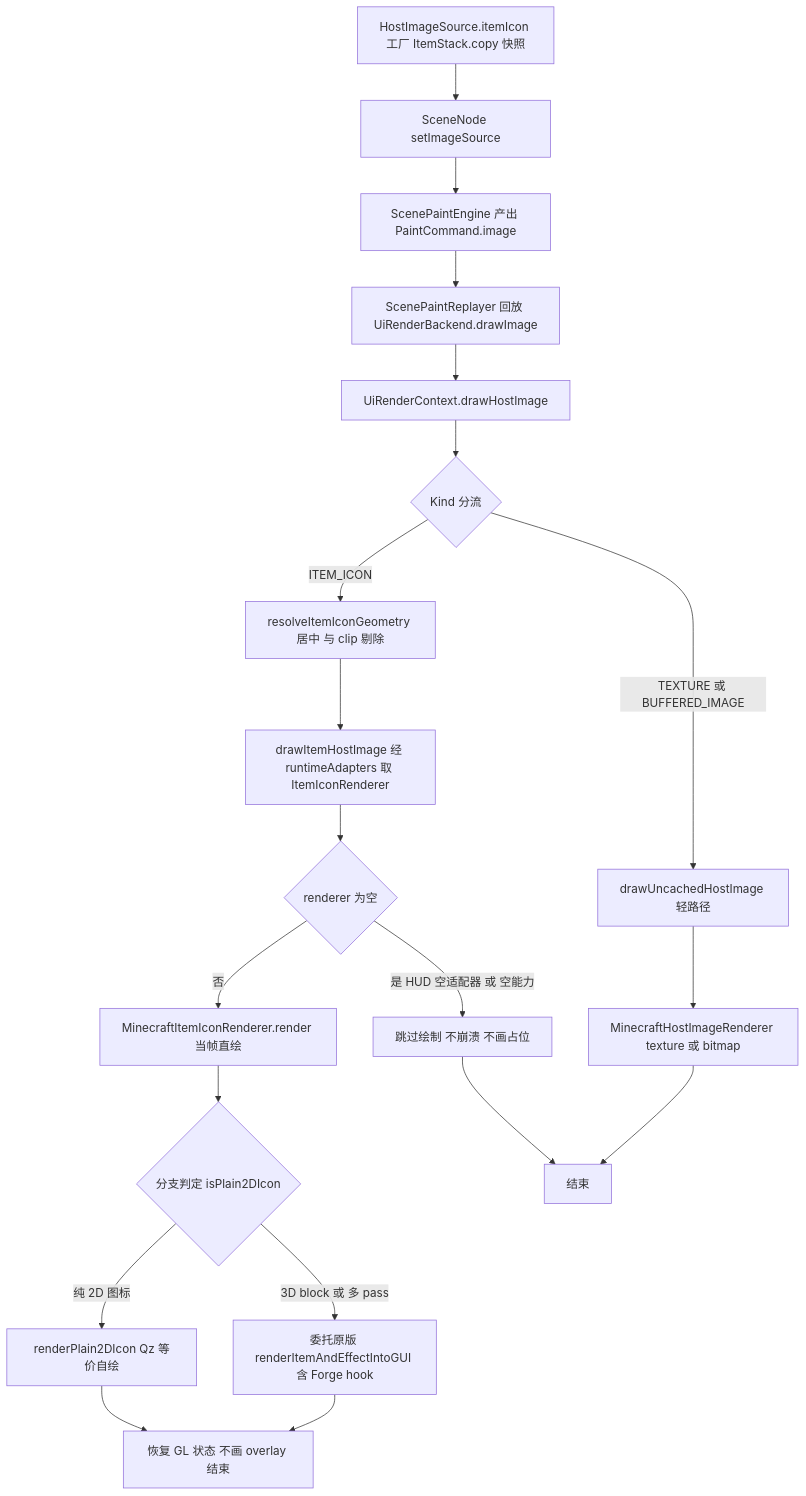
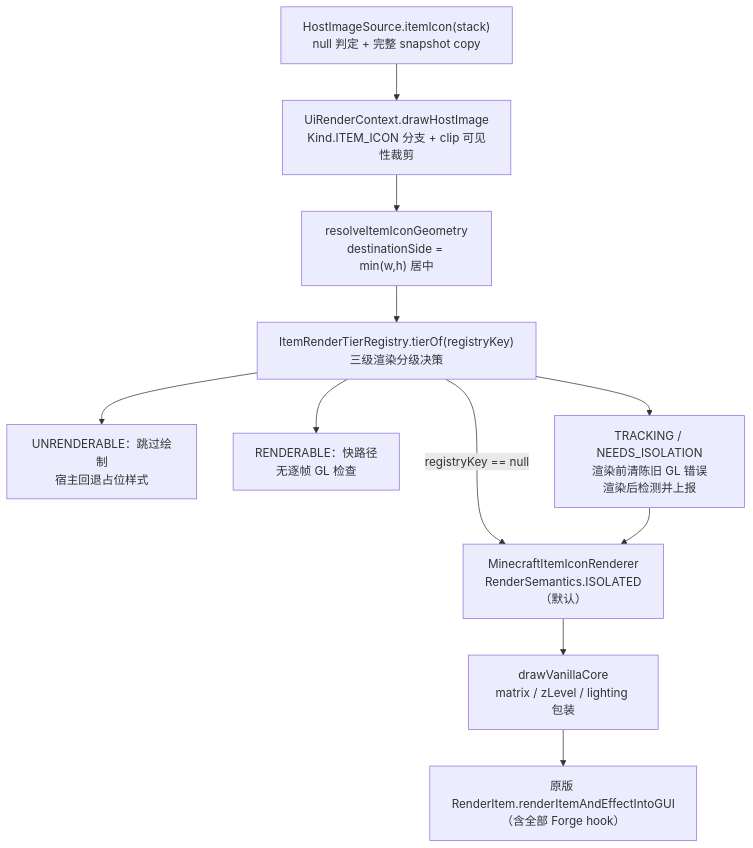
The first of 2 diagrams in docs/开发者文档/架构图/08-物品渲染包装.md (QuanhuZeYu/Qz-UILib), drawn with Mermaid before and after one commit. The commit also changed other lines of this file and 29 other files, not shown here.

````diff
--- a/docs/开发者文档/架构图/08-物品渲染包装.md
+++ b/docs/开发者文档/架构图/08-物品渲染包装.md
@@ -9,22 +9,20 @@
 ```mermaid
 flowchart TD
-    A["HostImageSource.itemIcon 工厂 ItemStack.copy 快照"] --> B["SceneNode setImageSource"]
-    B --> C["ScenePaintEngine 产出 PaintCommand.image"]
-    C --> D["ScenePaintReplayer 回放 UiRenderBackend.drawImage"]
-    D --> E["UiRenderContext.drawHostImage"]
-    E --> F{"Kind 分流"}
-    F -- "TEXTURE 或 BUFFERED_IMAGE" --> X["drawUncachedHostImage 轻路径"]
-    X --> W["MinecraftHostImageRenderer texture 或 bitmap"]
-    F -- "ITEM_ICON" --> G["resolveItemIconGeometry 居中 与 clip 剔除"]
-    G --> H["drawItemHostImage 经 runtimeAdapters 取 ItemIconRenderer"]
-    H --> I{"renderer 为空"}
-    I -- "是 HUD 空适配器 或 空能力" --> J["跳过绘制 不崩溃 不画占位"]
-    I -- "否" --> K["MinecraftItemIconRenderer.render 当帧直绘"]
-    K --> L{"分支判定 isPlain2DIcon"}
-    L -- "纯 2D 图标" --> M["renderPlain2DIcon Qz 等价自绘"]
-    L -- "3D block 或 多 pass" --> N["委托原版 renderItemAndEffectIntoGUI 含 Forge hook"]
-    M --> O["恢复 GL 状态 不画 overlay 结束"]
-    N --> O
-    J --> P["结束"]
-    W --> P
+  A["HostImageSource.itemIcon(stack)<br>null 判定 + 完整 snapshot copy"]
+  B["UiRenderContext.drawHostImage<br>Kind.ITEM_ICON 分支 + clip 可见性裁剪"]
+  C["resolveItemIconGeometry<br>destinationSide = min(w,h) 居中"]
+  D["ItemRenderTierRegistry.tierOf(registryKey)<br>三级渲染分级决策"]
+  E1["UNRENDERABLE：跳过绘制<br>宿主回退占位样式"]
+  E2["RENDERABLE：快路径<br>无逐帧 GL 检查"]
+  E3["TRACKING / NEEDS_ISOLATION<br>渲染前清陈旧 GL 错误<br>渲染后检测并上报"]
+  F["MinecraftItemIconRenderer<br>RenderSemantics.ISOLATED（默认）"]
+  G["drawVanillaCore<br>matrix / zLevel / lighting 包装"]
+  H["原版 RenderItem.renderItemAndEffectIntoGUI<br>（含全部 Forge hook）"]
+
+  A --> B --> C --> D
+  D -->|registryKey == null| F
+  D --> E1
+  D --> E2
+  D --> E3 --> F
+  F --> G --> H
 ```
````
